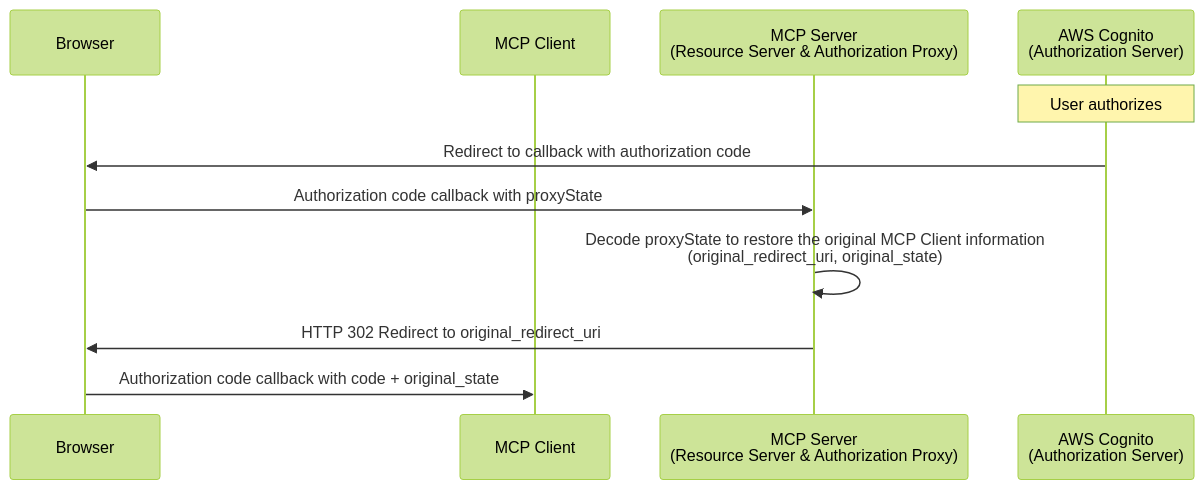
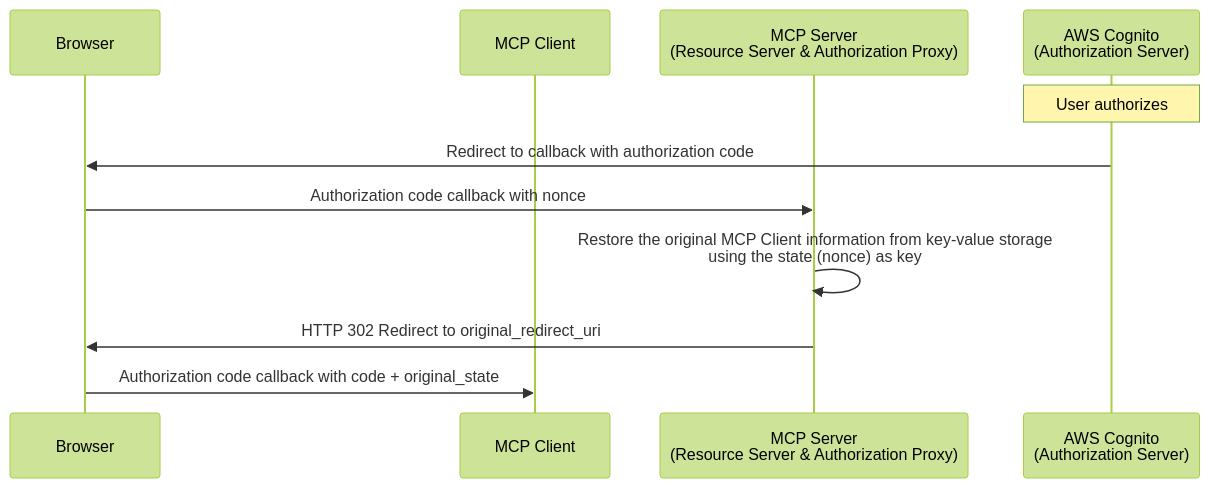
Before and after one commit to sunadoi/blog: diagram 12 of 14 in app/articles/2025/202509/remote-mcp-server-with-auth.mdx, drawn with Mermaid (forest theme). The commit also changed other lines of this file, not shown here.

````diff
--- a/app/articles/2025/202509/remote-mcp-server-with-auth.mdx
+++ b/app/articles/2025/202509/remote-mcp-server-with-auth.mdx
@@ -519,14 +530,14 @@
 ```mermaid
 sequenceDiagram
     participant Browser as Browser
     participant Client as MCP Client
     participant Server as MCP Server<br/>(Resource Server & Authorization Proxy)
     participant Cognito as AWS Cognito<br/>(Authorization Server)
 
     Note over Cognito: User authorizes
     Cognito->>Browser: Redirect to callback with authorization code
-    Browser->>Server: Authorization code callback with proxyState
-    Server->>Server: Decode proxyState to restore the original MCP Client information<br/>(original_redirect_uri, original_state)
+    Browser->>Server: Authorization code callback with nonce
+    Server->>Server: Restore the original MCP Client information from key-value storage<br/>using the state (nonce) as key
     Server->>Browser: HTTP 302 Redirect to original_redirect_uri
     Browser->>Client: Authorization code callback with code + original_state
 ```
````
